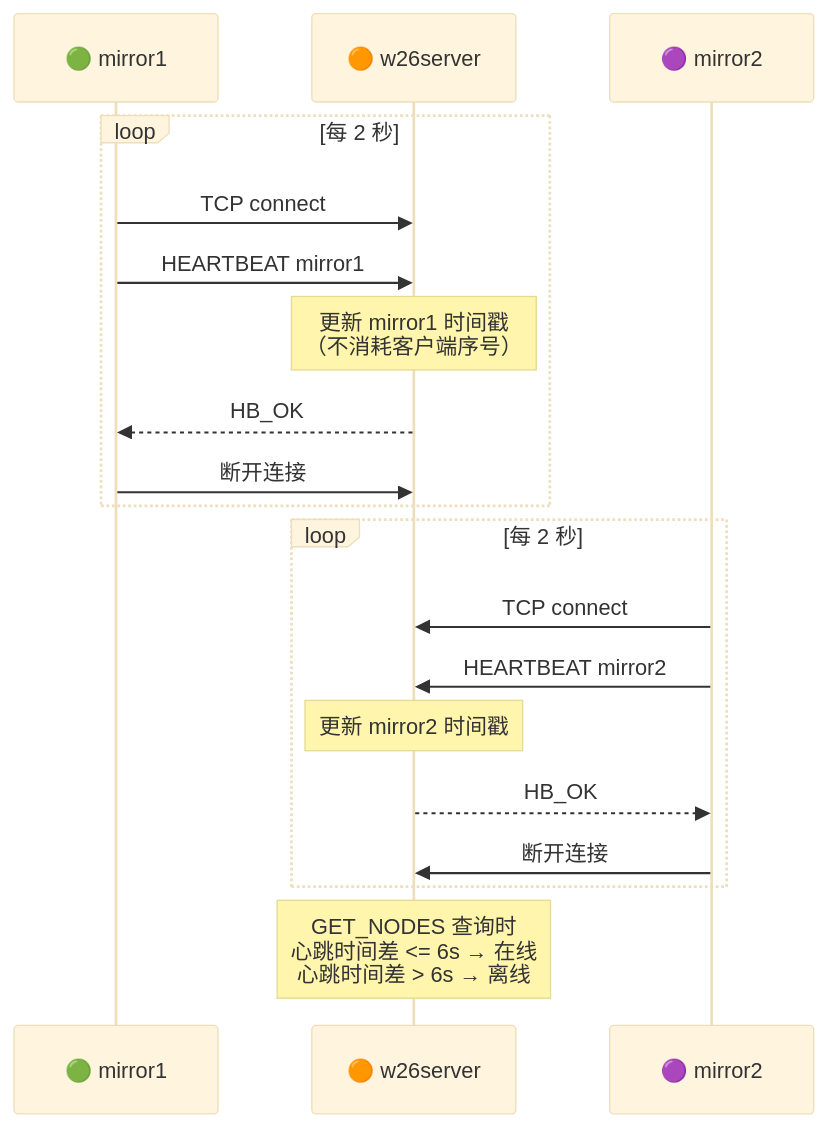
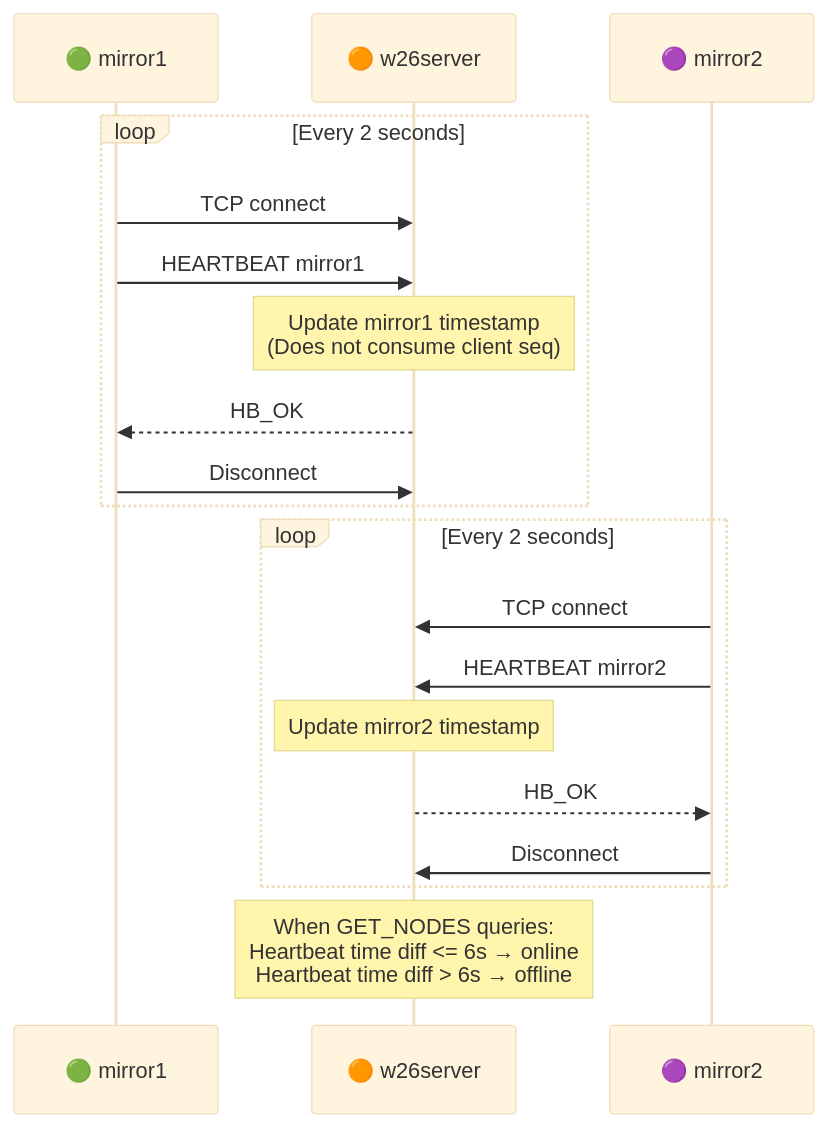
The fifth of 7 diagrams in README.md (jianglei919/ASP_Group), drawn with Mermaid (base theme) before and after one commit. The commit also changed other lines of this file and 1 other file, not shown here.

````diff
--- a/README.md
+++ b/README.md
@@ -166,24 +166,24 @@
 ```mermaid
 sequenceDiagram
     participant M1 as 🟢 mirror1
     participant W as 🟠 w26server
     participant M2 as 🟣 mirror2
 
-    loop 每 2 秒
+    loop Every 2 seconds
         M1->>W: TCP connect
         M1->>W: HEARTBEAT mirror1
-        Note over W: 更新 mirror1 时间戳<br/>（不消耗客户端序号）
+        Note over W: Update mirror1 timestamp<br/>(Does not consume client seq)
         W-->>M1: HB_OK
-        M1->>W: 断开连接
+        M1->>W: Disconnect
     end
 
-    loop 每 2 秒
+    loop Every 2 seconds
         M2->>W: TCP connect
         M2->>W: HEARTBEAT mirror2
-        Note over W: 更新 mirror2 时间戳
+        Note over W: Update mirror2 timestamp
         W-->>M2: HB_OK
-        M2->>W: 断开连接
+        M2->>W: Disconnect
     end
 
-    Note over W: GET_NODES 查询时<br/>心跳时间差 <= 6s → 在线<br/>心跳时间差 > 6s → 离线
+    Note over W: When GET_NODES queries:<br/>Heartbeat time diff <= 6s → online<br/>Heartbeat time diff > 6s → offline
 ```
````
